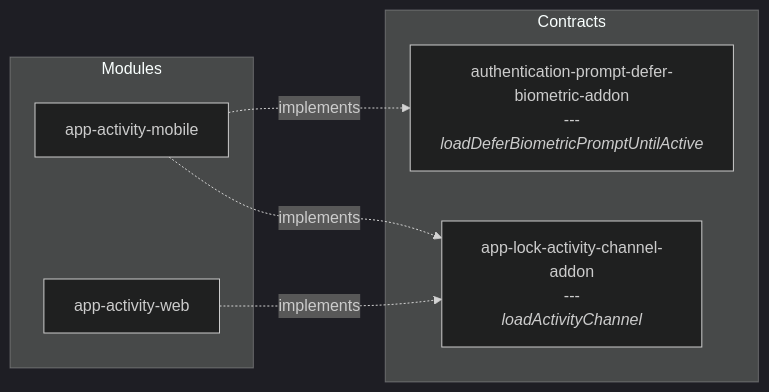
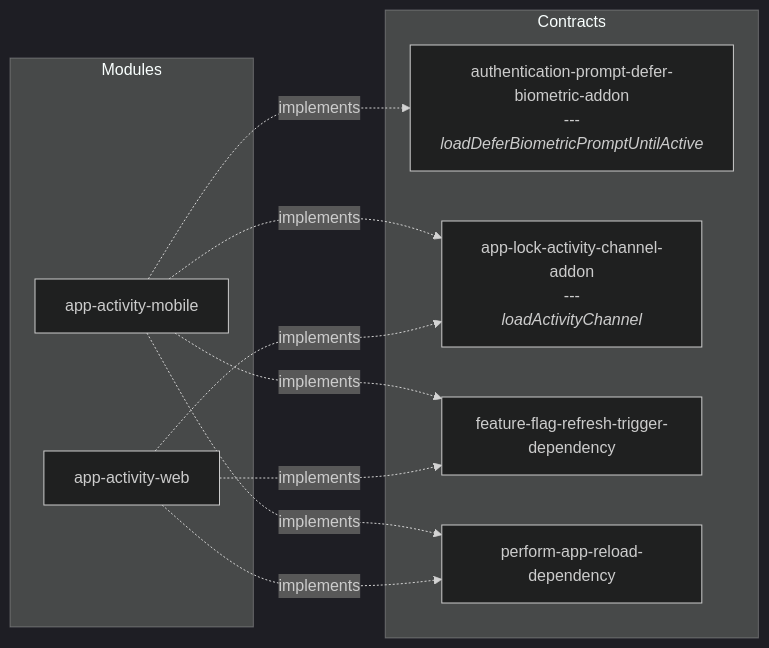
Before and after one commit to input-output-hk/lace: diagram 14 of 31 in docs/contracts-and-modules.md, drawn with Mermaid (dark theme). The commit also changed other lines of this file and 1287 other files, not shown here.

````diff
--- a/docs/contracts-and-modules.md
+++ b/docs/contracts-and-modules.md
@@ -313,14 +295,20 @@
 ```mermaid
 graph LR
   subgraph Contracts
     authentication-prompt-defer-biometric-addon["authentication-prompt-defer-biometric-addon<br/>---<br/><i>loadDeferBiometricPromptUntilActive</i>"]
     app-lock-activity-channel-addon["app-lock-activity-channel-addon<br/>---<br/><i>loadActivityChannel</i>"]
+    feature-flag-refresh-trigger-dependency["feature-flag-refresh-trigger-dependency"]
+    perform-app-reload-dependency["perform-app-reload-dependency"]
   end
   subgraph Modules
     module_0["app-activity-mobile"]
     module_1["app-activity-web"]
   end
   module_0 -.->|implements| authentication-prompt-defer-biometric-addon
   module_0 -.->|implements| app-lock-activity-channel-addon
+  module_0 -.->|implements| feature-flag-refresh-trigger-dependency
+  module_0 -.->|implements| perform-app-reload-dependency
   module_1 -.->|implements| app-lock-activity-channel-addon
+  module_1 -.->|implements| feature-flag-refresh-trigger-dependency
+  module_1 -.->|implements| perform-app-reload-dependency
 ```
````
